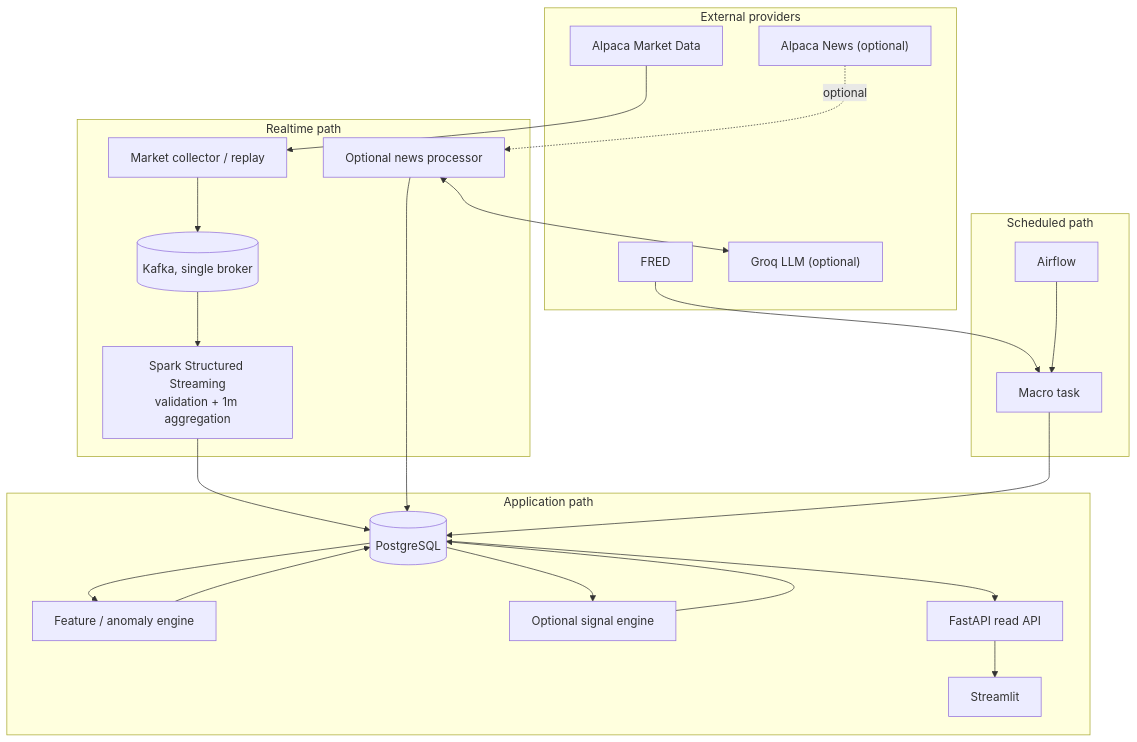
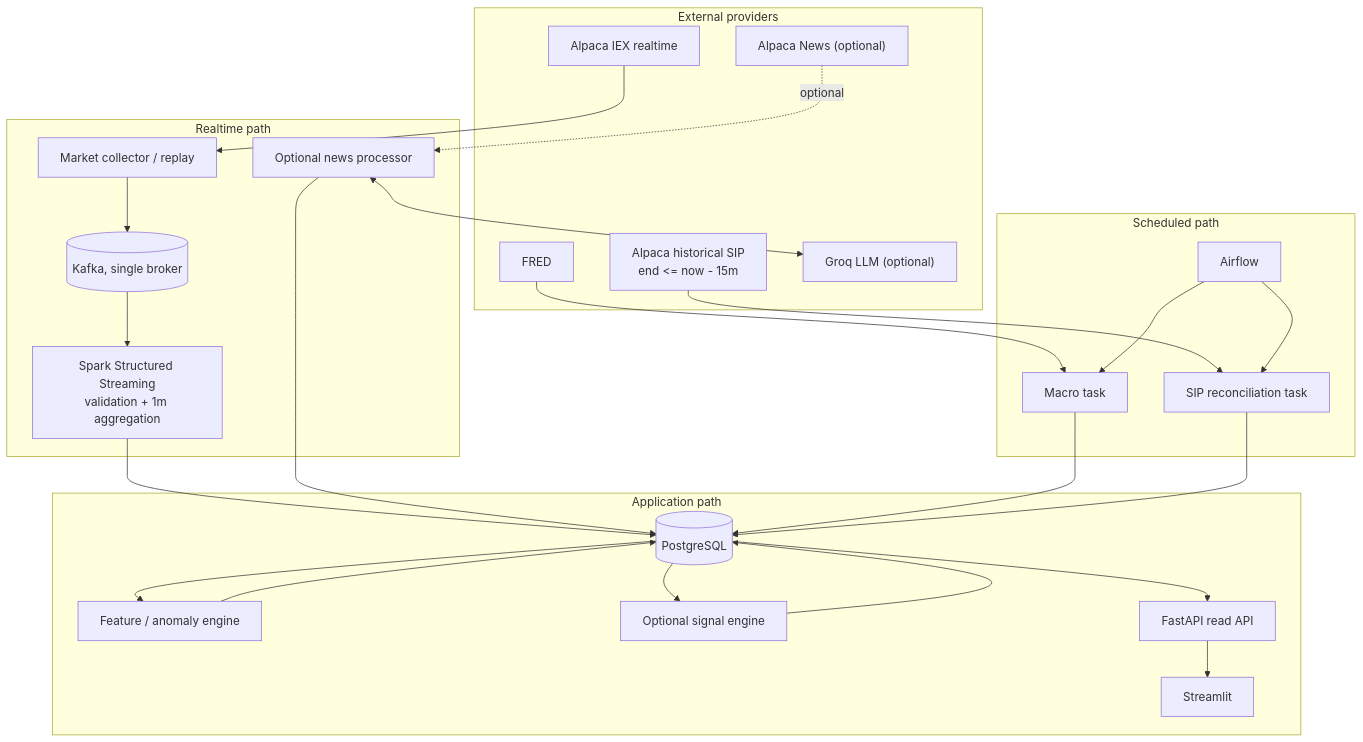
One commit to hjh6709/us-market-intelligence-pipeline changed the first of 2 diagrams in docs/architecture.md. Above: the diagram before and after it, drawn with Mermaid. The commit also changed other lines of this file and 6 other files, not shown here.

Commit message:
docs: define IEX alert reconciliation strategy

````diff
--- a/docs/architecture.md
+++ b/docs/architecture.md
@@ -27,40 +28,44 @@
 ```mermaid
 flowchart TB
     subgraph External["External providers"]
-      AM["Alpaca Market Data"]
+      AI["Alpaca IEX realtime"]
+      AS["Alpaca historical SIP\nend <= now - 15m"]
       AN["Alpaca News (optional)"]
       FR["FRED"]
       GR["Groq LLM (optional)"]
     end
 
     subgraph Realtime["Realtime path"]
       COL["Market collector / replay"]
       K[("Kafka, single broker")]
       SP["Spark Structured Streaming\nvalidation + 1m aggregation"]
       NP["Optional news processor"]
     end
 
     subgraph Batch["Scheduled path"]
       AF["Airflow"]
       MAC["Macro task"]
+      REC["SIP reconciliation task"]
     end
 
     subgraph Intelligence["Application path"]
       PG[("PostgreSQL")]
       FE["Feature / anomaly engine"]
       SE["Optional signal engine"]
       API["FastAPI read API"]
       UI["Streamlit"]
     end
 
-    AM --> COL --> K
+    AI --> COL --> K
     K --> SP --> PG
     AN -. optional .-> NP
     NP <--> GR
     NP --> PG
     FR --> MAC
     AF --> MAC --> PG
+    AS --> REC
+    AF --> REC --> PG
     PG --> FE --> PG
     PG --> SE --> PG
     PG --> API --> UI
 ```
````
